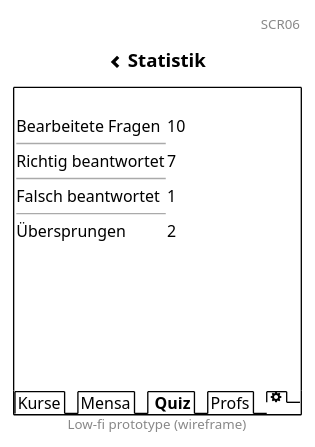
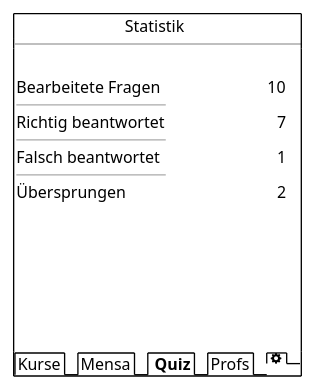
The diagram in scr6.pu (RobinNunkesser/plantuml), drawn with PlantUML before and after one commit. The commit also changed 6 other files, not shown here.

```diff
--- a/scr6.pu
+++ b/scr6.pu
@@ -1,25 +1,24 @@
 @startsalt
-title <&chevron-left> Statistik
-header SCR06
-footer Low-fi prototype (wireframe)
 {+
+""           "" Statistik
+--
 {
     .    
-    Bearbeitete Fragen | 10
+    Bearbeitete Fragen | ""          "" 10
     ----
-    Richtig beantwortet | 7
+    Richtig beantwortet | ""           "" 7
     ----
-    Falsch beantwortet | 1
+    Falsch beantwortet | ""           "" 1
     ----
-    Übersprungen | 2
+    Übersprungen | ""           "" 2
     .
     .
     .
     .
     .
     .
 }
 {/ Kurse | Mensa | <b> Quiz | Profs | <&cog> }
 }
 
 @endsalt
```
